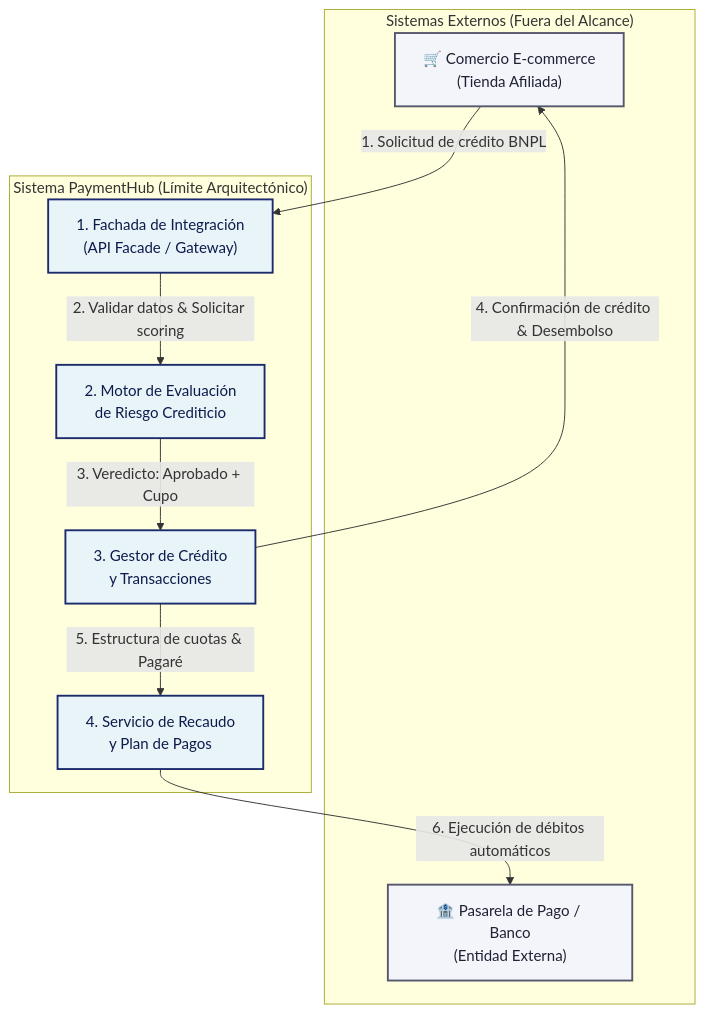
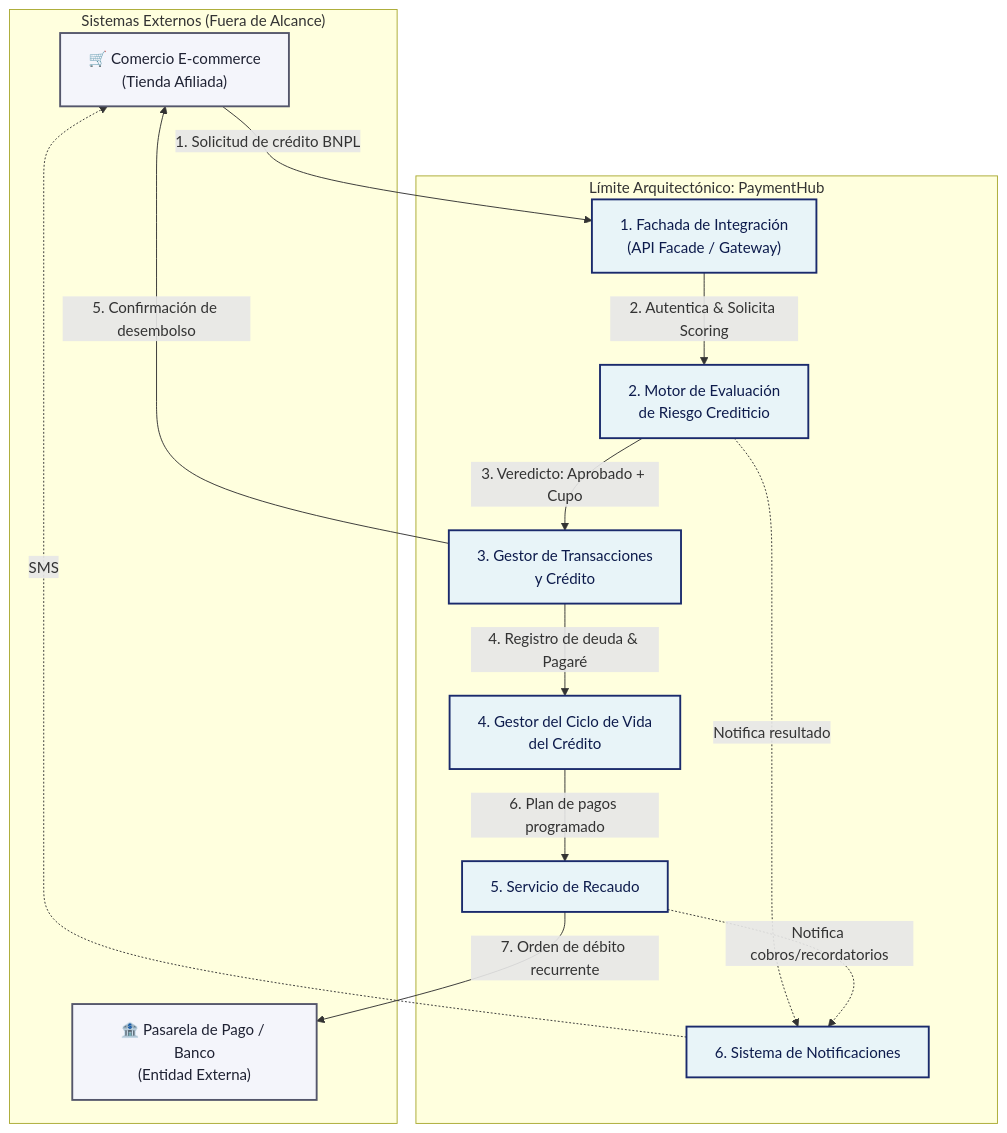
Before and after one commit to JeisonArrubla/payment-hub: the diagram in docs/diagrams/componentes-paymenthub.mermaid, drawn with Mermaid.

Commit message:
Refactor PaymentHub diagram components and labels

```diff
--- a/docs/diagrams/componentes-paymenthub.mermaid
+++ b/docs/diagrams/componentes-paymenthub.mermaid
@@ -1,25 +1,31 @@
 flowchart TD
-    subgraph External ["Sistemas Externos (Fuera del Alcance)"]
+    subgraph Sistemas_Externos ["Sistemas Externos (Fuera de Alcance)"]
         Merchant["🛒 Comercio E-commerce\n(Tienda Afiliada)"]
         Bank["🏦 Pasarela de Pago / Banco\n(Entidad Externa)"]
     end
 
-    subgraph System ["Sistema PaymentHub (Límite Arquitectónico)"]
+    subgraph PaymentHub_System ["Límite Arquitectónico: PaymentHub"]
         Facade["1. Fachada de Integración\n(API Facade / Gateway)"]
         Risk["2. Motor de Evaluación\nde Riesgo Crediticio"]
-        Tx["3. Gestor de Crédito\ny Transacciones"]
-        Recaudo["4. Servicio de Recaudo\ny Plan de Pagos"]
+        Tx["3. Gestor de Transacciones\ny Crédito"]
+        Lifecycle["4. Gestor del Ciclo de Vida\ndel Crédito"]
+        Recaudo["5. Servicio de Recaudo"]
+        Notif["6. Sistema de Notificaciones"]
     end
 
     Merchant -->|1. Solicitud de crédito BNPL| Facade
-    Facade -->|2. Validar datos & Solicitar scoring| Risk
+    Facade -->|2. Autentica & Solicita Scoring| Risk
     Risk -->|3. Veredicto: Aprobado + Cupo| Tx
-    Tx -->|4. Confirmación de crédito & Desembolso| Merchant
-    Tx -->|5. Estructura de cuotas & Pagaré| Recaudo
-    Recaudo -->|6. Ejecución de débitos automáticos| Bank
+    Tx -->|4. Registro de deuda & Pagaré| Lifecycle
+    Tx -->|5. Confirmación de desembolso| Merchant
+    Lifecycle -->|6. Plan de pagos programado| Recaudo
+    Recaudo -->|7. Orden de débito recurrente| Bank
+    Risk -.->|Notifica resultado| Notif
+    Recaudo -.->|Notifica cobros/recordatorios| Notif
+    Notif -.->|SMS| Merchant
 
     %% Estilos visuales
     classDef ext fill:#f4f5fb,stroke:#54566b,stroke-width:2px,color:#1f2233;
     classDef sys fill:#e8f4f8,stroke:#1a2a6c,stroke-width:2px,color:#0d1b4c;
     class Merchant,Bank ext;
-    class Facade,Risk,Tx,Recaudo sys;
+    class Facade,Risk,Tx,Lifecycle,Recaudo,Notif sys;
```
